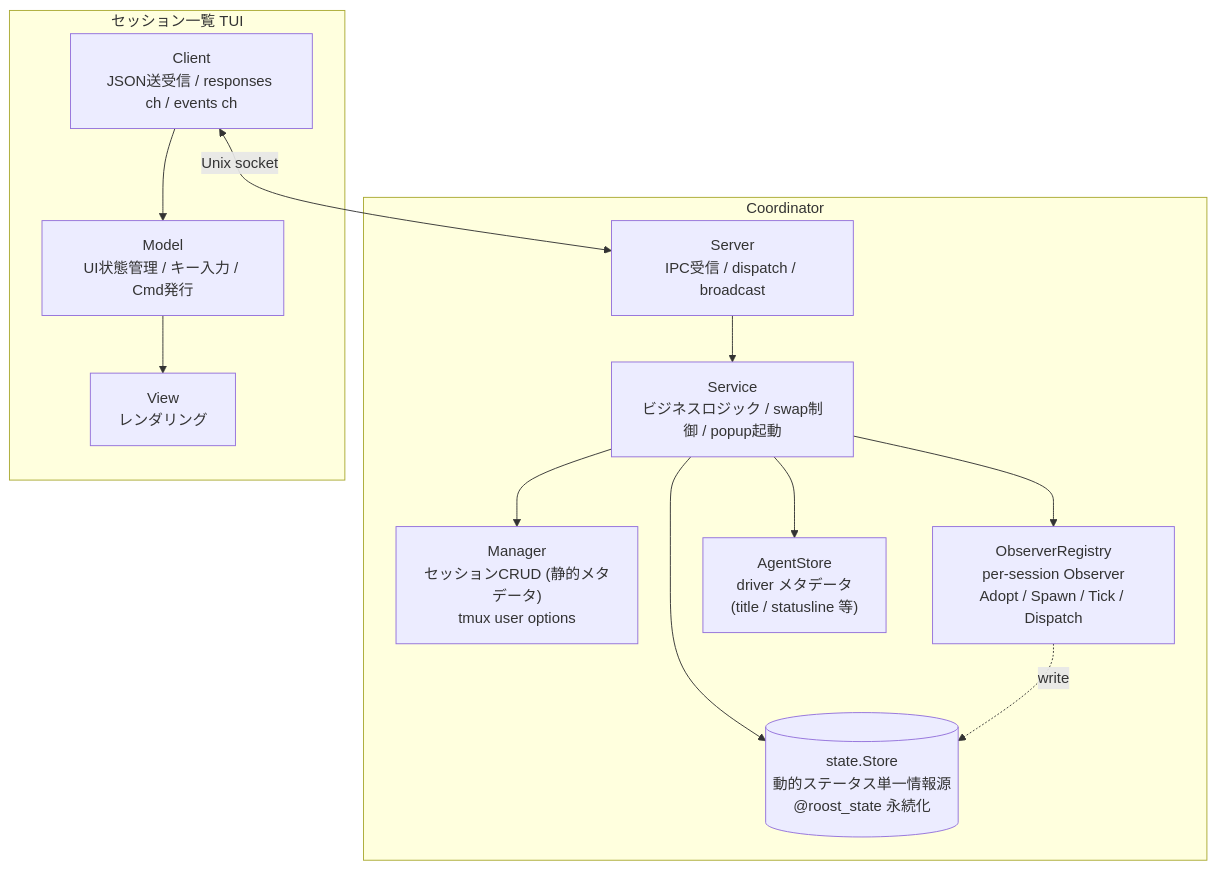
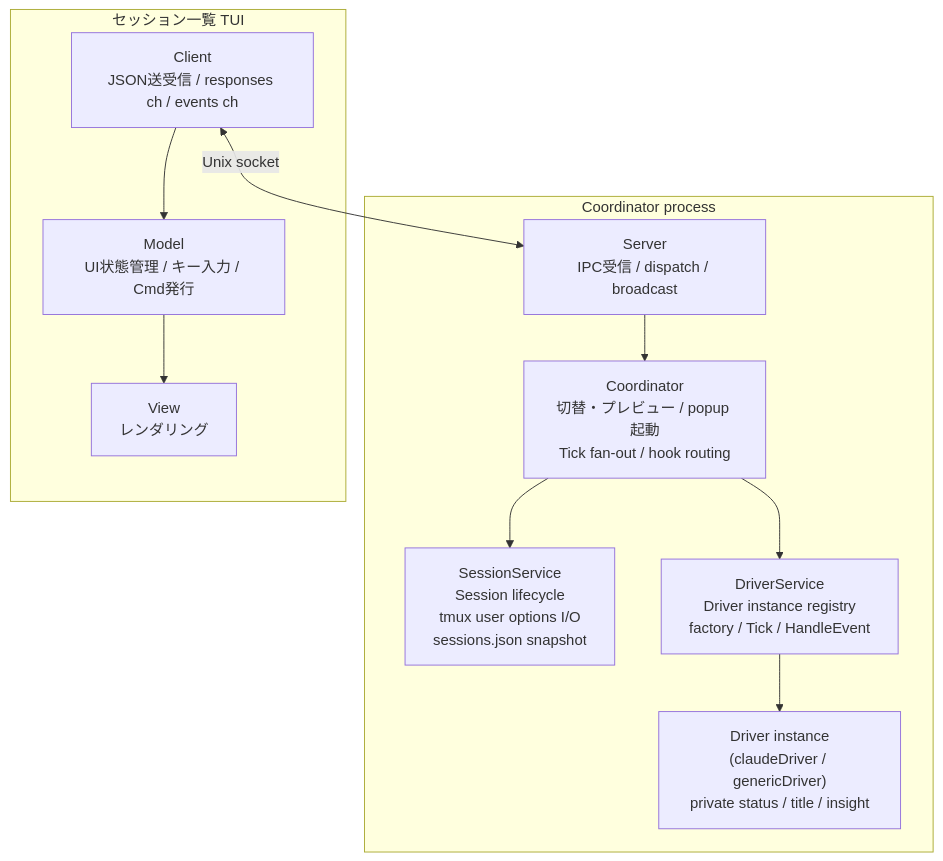
The first of 5 diagrams in ARCHITECTURE.md (takezoh/agent-roost), drawn with Mermaid before and after one commit. The commit also changed other lines of this file and 76 other files, not shown here.

First line of the commit message:
Refactor session/driver into Coordinator + 2 services with stateful Driver instances

````diff
--- a/ARCHITECTURE.md
+++ b/ARCHITECTURE.md
@@ -259,28 +267,25 @@
 ```mermaid
 flowchart TB
-    subgraph main["Coordinator"]
+    subgraph main["Coordinator process"]
         Server["Server<br/>IPC受信 / dispatch / broadcast"]
-        Service["Service<br/>ビジネスロジック / swap制御 / popup起動"]
-        Manager["Manager<br/>セッションCRUD (静的メタデータ)<br/>tmux user options"]
-        Observers["ObserverRegistry<br/>per-session Observer<br/>Adopt / Spawn / Tick / Dispatch"]
-        States[("state.Store<br/>動的ステータス単一情報源<br/>@roost_state 永続化")]
-        Agents["AgentStore<br/>driver メタデータ<br/>(title / statusline 等)"]
+        Coord["Coordinator<br/>切替・プレビュー / popup 起動<br/>Tick fan-out / hook routing"]
+        SessSvc["SessionService<br/>Session lifecycle<br/>tmux user options I/O<br/>sessions.json snapshot"]
+        DrvSvc["DriverService<br/>Driver instance registry<br/>factory / Tick / HandleEvent"]
+        Drv1["Driver instance<br/>(claudeDriver / genericDriver)<br/>private status / title / insight"]
 
-        Server --> Service
-        Service --> Manager
-        Service --> Observers
-        Service --> Agents
-        Service --> States
-        Observers -.write.-> States
+        Server --> Coord
+        Coord --> SessSvc
+        Coord --> DrvSvc
+        DrvSvc --> Drv1
     end
 
     subgraph tui["セッション一覧 TUI"]
         Client["Client<br/>JSON送受信 / responses ch / events ch"]
         Model["Model<br/>UI状態管理 / キー入力 / Cmd発行"]
         View["View<br/>レンダリング"]
 
         Client --> Model --> View
     end
 
     Client <-->|Unix socket| Server
 ```
````
